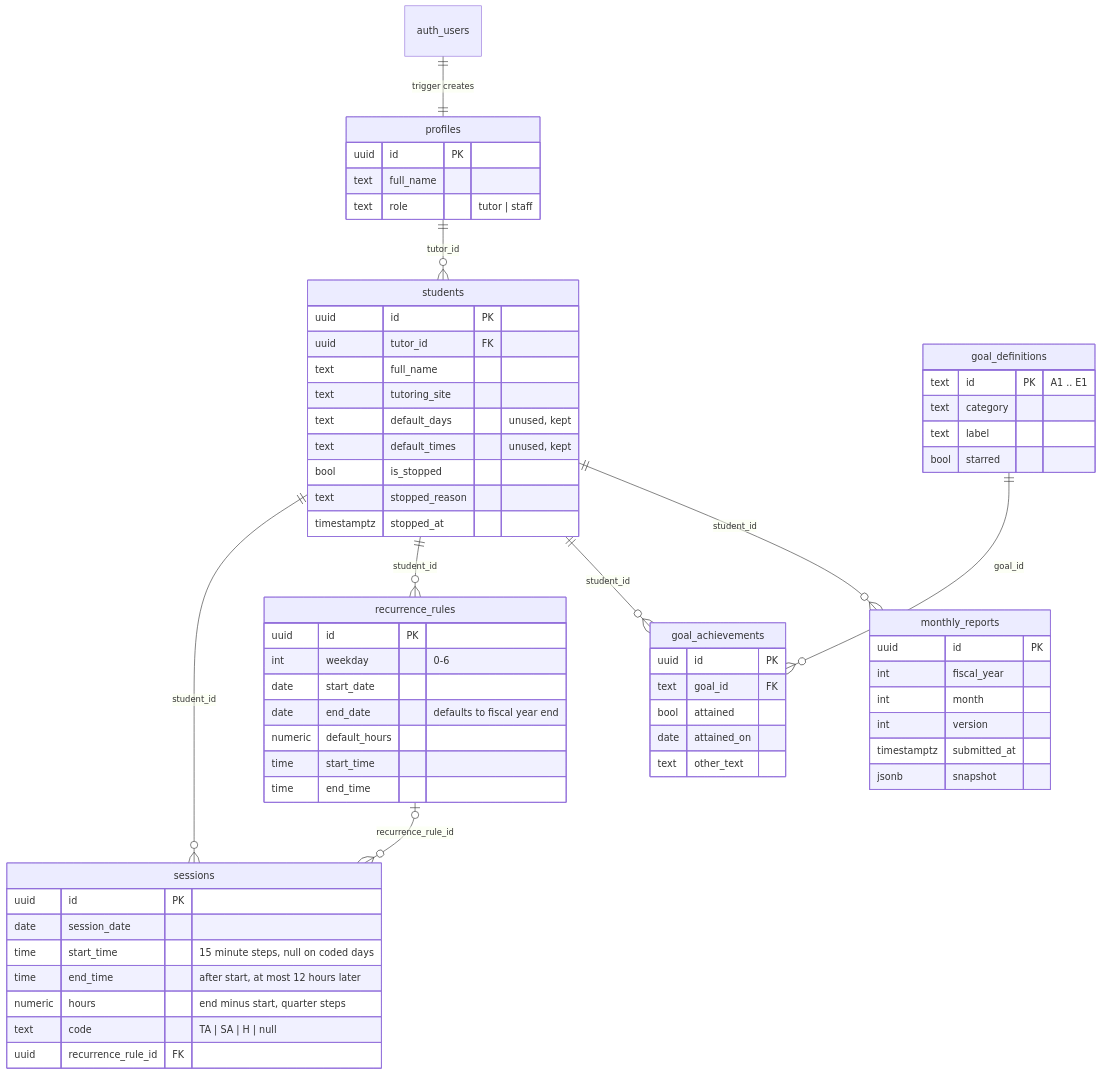
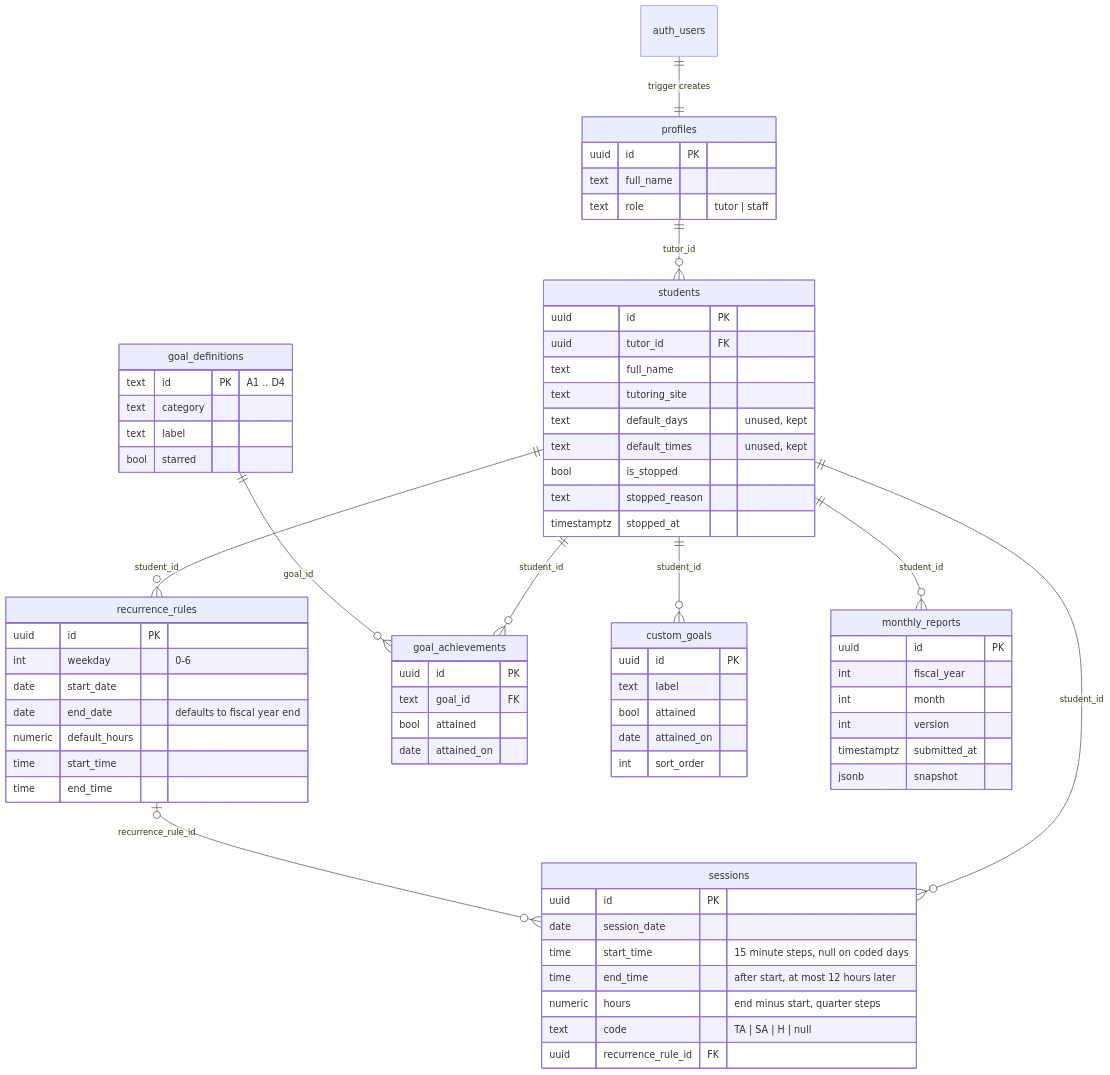
Before and after one commit to lukemeng88/lvaep-tutor-reports: the diagram in README.md, drawn with Mermaid. The commit also changed other lines of this file and 18 other files, not shown here.

First line of the commit message:
Replace the single Other(s) goal with a list of custom goals

````diff
--- a/README.md
+++ b/README.md
@@ -144,67 +144,74 @@
 ```mermaid
 erDiagram
   auth_users ||--|| profiles : "trigger creates"
   profiles ||--o{ students : "tutor_id"
   students ||--o{ sessions : "student_id"
   students ||--o{ recurrence_rules : "student_id"
   recurrence_rules o|--o{ sessions : "recurrence_rule_id"
   students ||--o{ goal_achievements : "student_id"
   goal_definitions ||--o{ goal_achievements : "goal_id"
+  students ||--o{ custom_goals : "student_id"
   students ||--o{ monthly_reports : "student_id"
 
   profiles {
     uuid id PK
     text full_name
     text role "tutor | staff"
   }
   students {
     uuid id PK
     uuid tutor_id FK
     text full_name
     text tutoring_site
     text default_days "unused, kept"
     text default_times "unused, kept"
     bool is_stopped
     text stopped_reason
     timestamptz stopped_at
   }
   recurrence_rules {
     uuid id PK
     int weekday "0-6"
     date start_date
     date end_date "defaults to fiscal year end"
     numeric default_hours
     time start_time
     time end_time
   }
   sessions {
     uuid id PK
     date session_date
     time start_time "15 minute steps, null on coded days"
     time end_time "after start, at most 12 hours later"
     numeric hours "end minus start, quarter steps"
     text code "TA | SA | H | null"
     uuid recurrence_rule_id FK
   }
   goal_definitions {
-    text id PK "A1 .. E1"
+    text id PK "A1 .. D4"
     text category
     text label
     bool starred
   }
   goal_achievements {
     uuid id PK
     text goal_id FK
     bool attained
     date attained_on
-    text other_text
+  }
+  custom_goals {
+    uuid id PK
+    text label
+    bool attained
+    date attained_on
+    int sort_order
   }
   monthly_reports {
     uuid id PK
     int fiscal_year
     int month
     int version
     timestamptz submitted_at
     jsonb snapshot
   }
 ```
````
